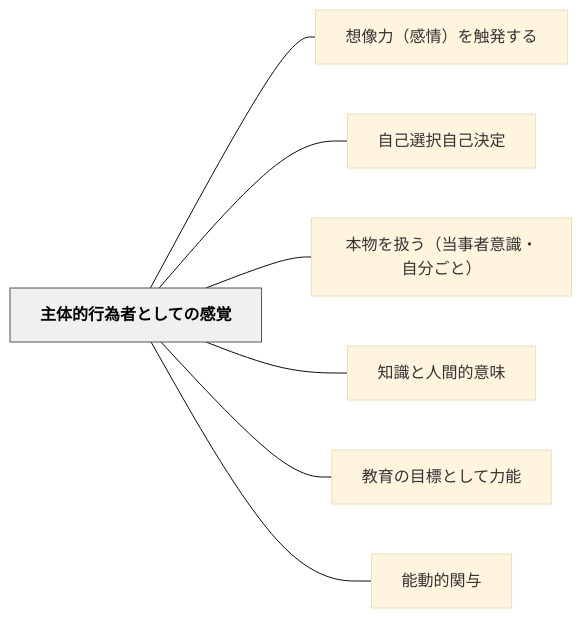
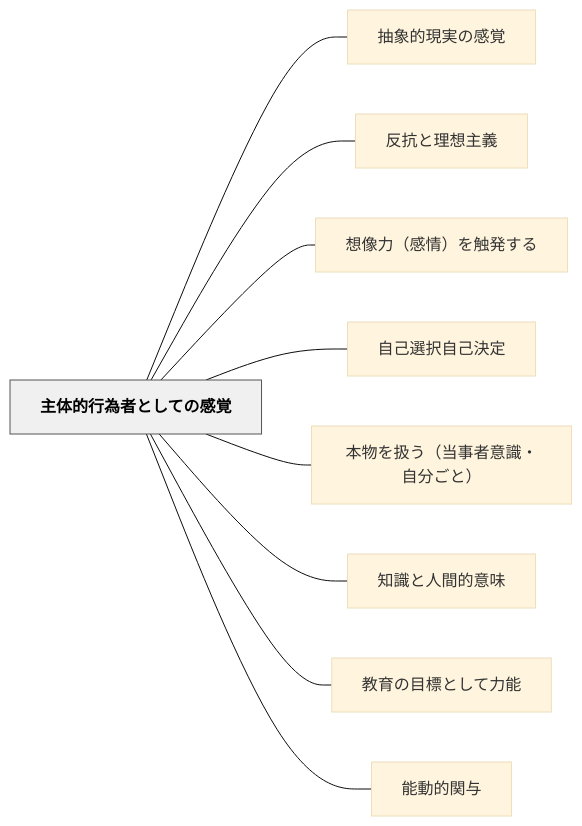
One commit to unknownthings-ed-patterns/unknownthings-ed-patterns changed the diagram in content/パタン/主体的行為者としての感覚.md. Above: the diagram before and after it, drawn with Mermaid (base theme). The commit also changed other lines of this file and 473 other files, not shown here.

````diff
--- a/content/パタン/主体的行為者としての感覚.md
+++ b/content/パタン/主体的行為者としての感覚.md
@@ -49,20 +51,24 @@
 ```mermaid
 flowchart LR
     ne4b8bbe4bd93["主体的行為者としての感覚"]
+    ne68abde8b1a1["抽象的現実の感覚"]
+    ne58f8de68a97["反抗と理想主義"]
     ne683b3e5838f["想像力（感情）を触発する"]
     ne887aae5b7b1["自己選択自己決定"]
     ne69cace789a9["本物を扱う（当事者意識・自分ごと）"]
     ne79fa5e8ad98["知識と人間的意味"]
     ne69599e882b2["教育の目標として力能"]
     ne883bde58b95["能動的関与"]
 
+    ne4b8bbe4bd93 --- ne68abde8b1a1
+    ne4b8bbe4bd93 --- ne58f8de68a97
     ne4b8bbe4bd93 --- ne683b3e5838f
     ne4b8bbe4bd93 --- ne887aae5b7b1
     ne4b8bbe4bd93 --- ne69cace789a9
     ne4b8bbe4bd93 --- ne79fa5e8ad98
     ne4b8bbe4bd93 --- ne69599e882b2
     ne4b8bbe4bd93 --- ne883bde58b95
 
     classDef hub fill:#f0f0f0,stroke:#555,color:#000,font-weight:bold
     class ne4b8bbe4bd93 hub
 ```
````
